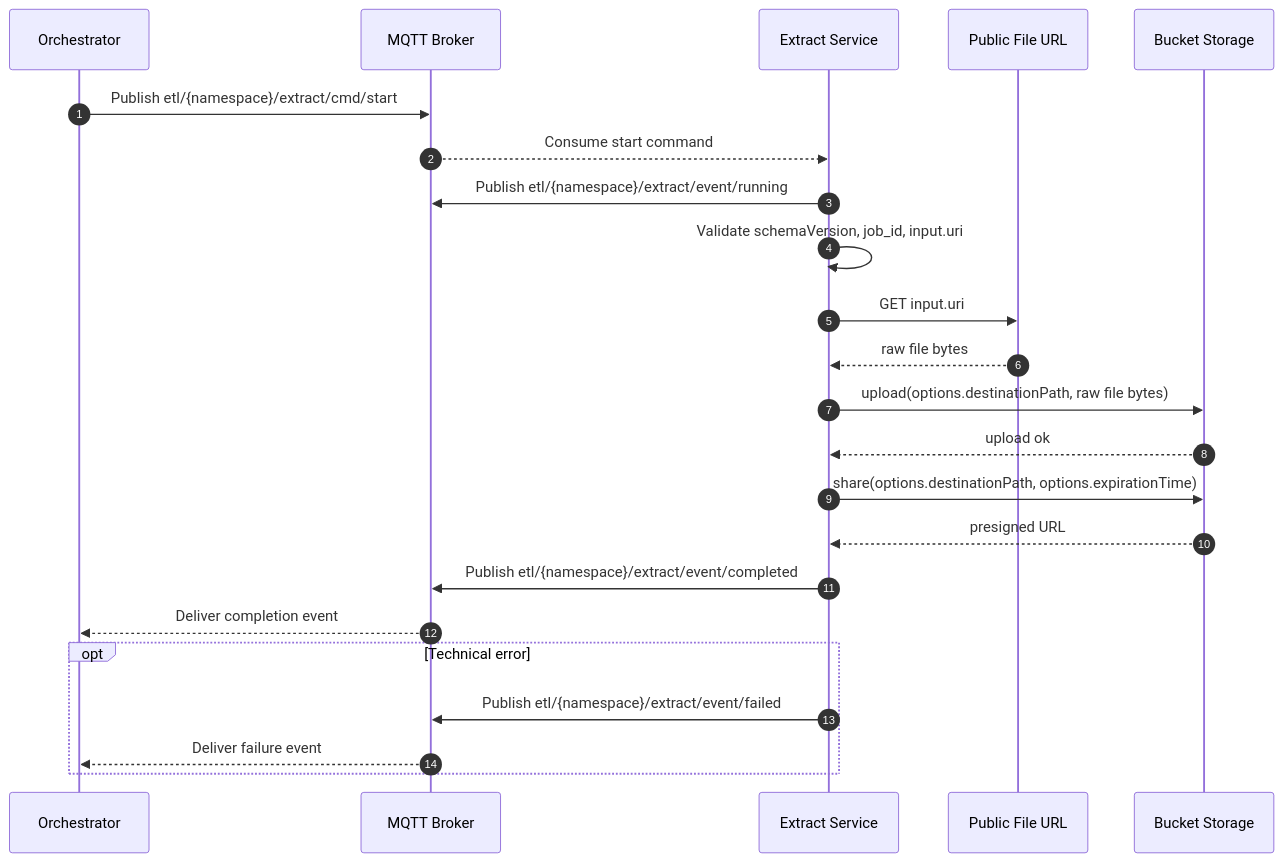
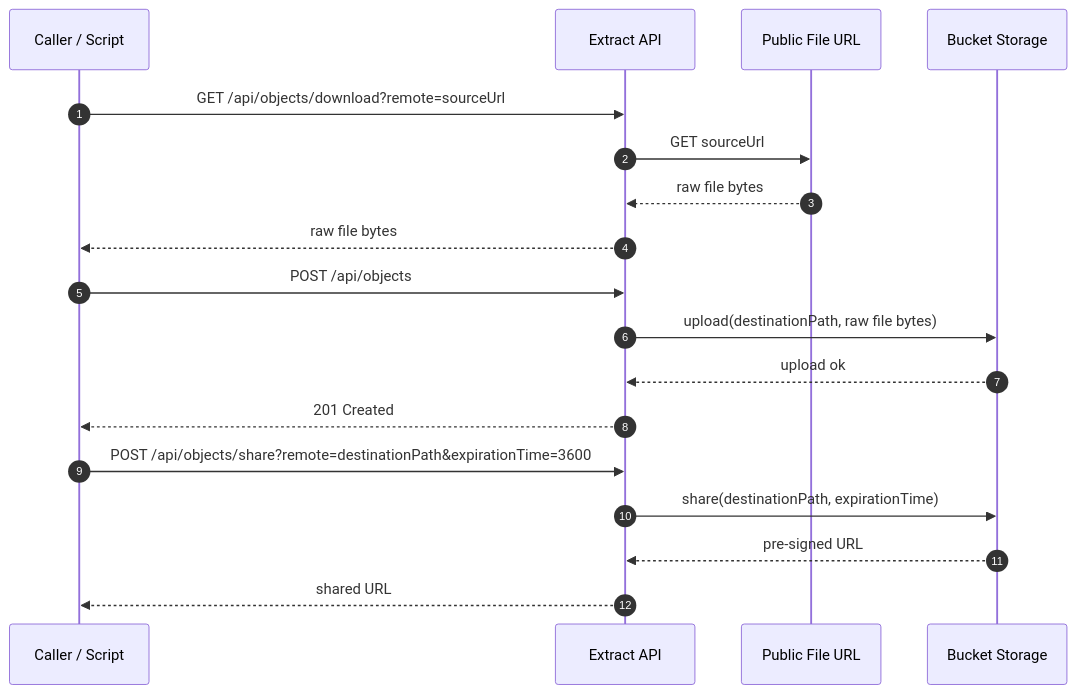
Before and after one commit to CPNV-ES-BI-RIA-PROJECT/ria2-extract: the diagram in docs/extractor/sprint-001-extract-workflow.md, drawn with Mermaid. The commit also changed other lines of this file, not shown here.

````diff
--- a/docs/extractor/sprint-001-extract-workflow.md
+++ b/docs/extractor/sprint-001-extract-workflow.md
@@ -67,33 +47,24 @@
 ```mermaid
 sequenceDiagram
     autonumber
 
-    participant orchestrator as Orchestrator
-    participant broker as MQTT Broker
-    participant extract as Extract Service
+    participant caller as Caller / Script
+    participant extract as Extract API
     participant source as Public File URL
     participant bucket as Bucket Storage
 
-    orchestrator->>broker: Publish etl/{namespace}/extract/cmd/start
-    broker-->>extract: Consume start command
+    caller->>extract: GET /api/objects/download?remote=sourceUrl
+    extract->>source: GET sourceUrl
+    source-->>extract: raw file bytes
+    extract-->>caller: raw file bytes
 
-    extract->>broker: Publish etl/{namespace}/extract/event/running
-    extract->>extract: Validate schemaVersion, job_id, input.uri
+    caller->>extract: POST /api/objects
+    extract->>bucket: upload(destinationPath, raw file bytes)
+    bucket-->>extract: upload ok
+    extract-->>caller: 201 Created
 
-    extract->>source: GET input.uri
-    source-->>extract: raw file bytes
-
-    extract->>bucket: upload(options.destinationPath, raw file bytes)
-    bucket-->>extract: upload ok
-
-    extract->>bucket: share(options.destinationPath, options.expirationTime)
-    bucket-->>extract: presigned URL
-
-    extract->>broker: Publish etl/{namespace}/extract/event/completed
-    broker-->>orchestrator: Deliver completion event
-
-    opt Technical error
-        extract->>broker: Publish etl/{namespace}/extract/event/failed
-        broker-->>orchestrator: Deliver failure event
-    end
+    caller->>extract: POST /api/objects/share?remote=destinationPath&expirationTime=3600
+    extract->>bucket: share(destinationPath, expirationTime)
+    bucket-->>extract: pre-signed URL
+    extract-->>caller: shared URL
 ```
````
